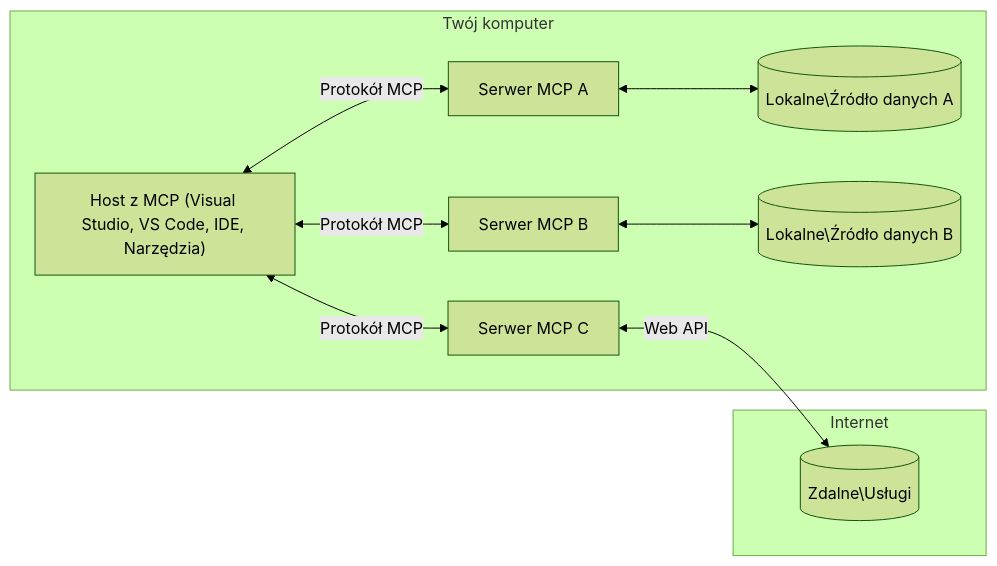
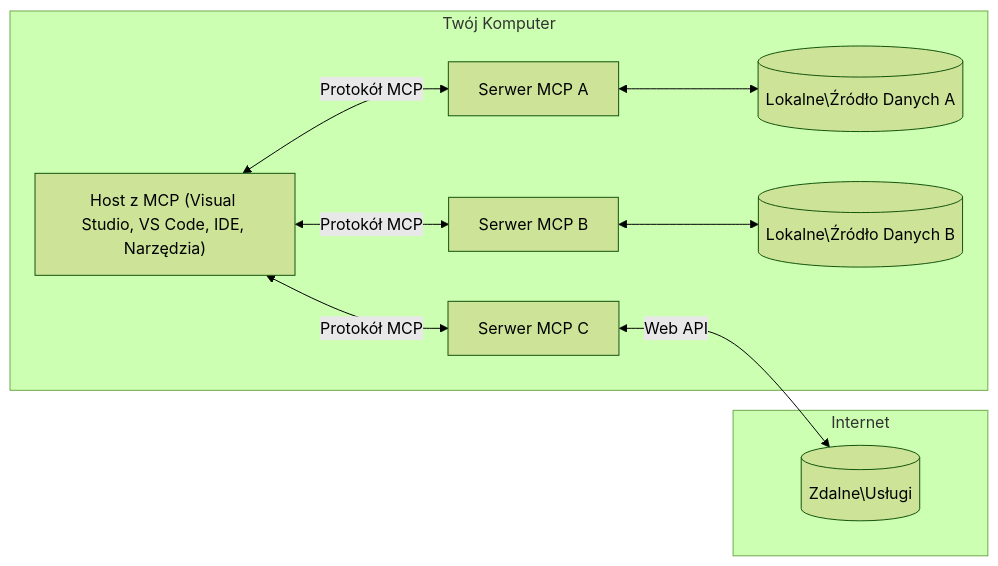
The diagram in translations/pl/01-CoreConcepts/README.md (Mu-L/mcp-for-beginners), drawn with Mermaid (forest theme) before and after one commit. The commit also changed other lines of this file and 5 other files, not shown here.

````diff
--- a/translations/pl/01-CoreConcepts/README.md
+++ b/translations/pl/01-CoreConcepts/README.md
@@ -45,17 +45,17 @@
 ```mermaid
 flowchart LR
-    subgraph "Twój komputer"
+    subgraph "Twój Komputer"
         Host["Host z MCP (Visual Studio, VS Code, IDE, Narzędzia)"]
         S1["Serwer MCP A"]
         S2["Serwer MCP B"]
         S3["Serwer MCP C"]
         Host <-->|"Protokół MCP"| S1
         Host <-->|"Protokół MCP"| S2
         Host <-->|"Protokół MCP"| S3
-        S1 <--> D1[("Lokalne\Źródło danych A")]
-        S2 <--> D2[("Lokalne\Źródło danych B")]
+        S1 <--> D1[("Lokalne\Źródło Danych A")]
+        S2 <--> D2[("Lokalne\Źródło Danych B")]
     end
     subgraph "Internet"
         S3 <-->|"Web API"| D3[("Zdalne\Usługi")]
     end
 ```
````
